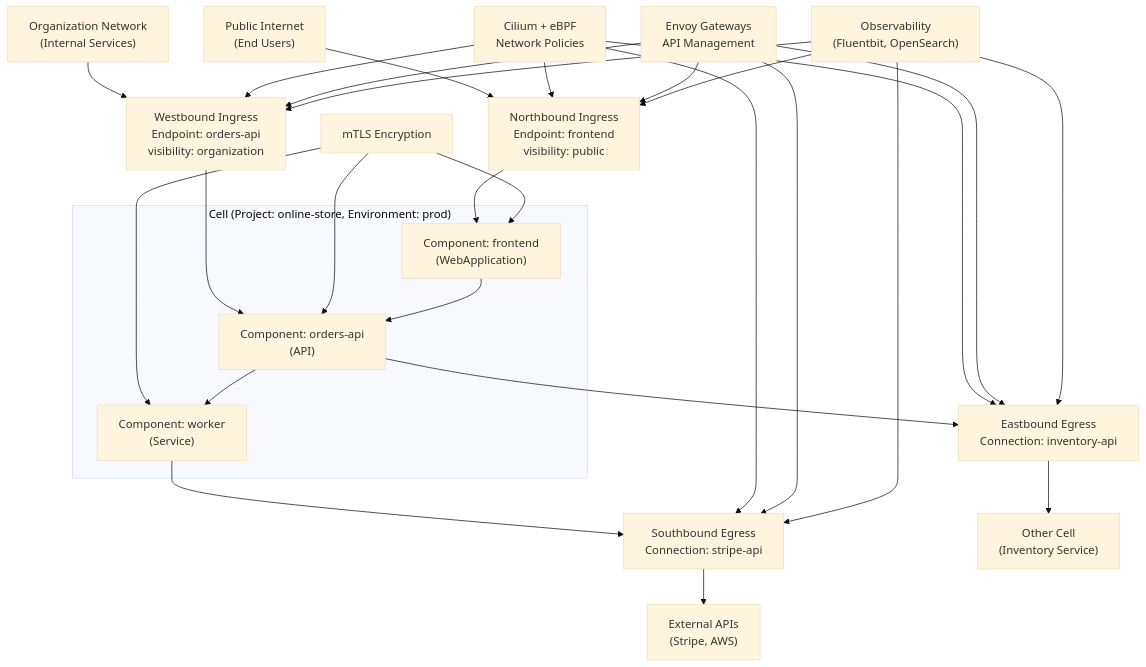
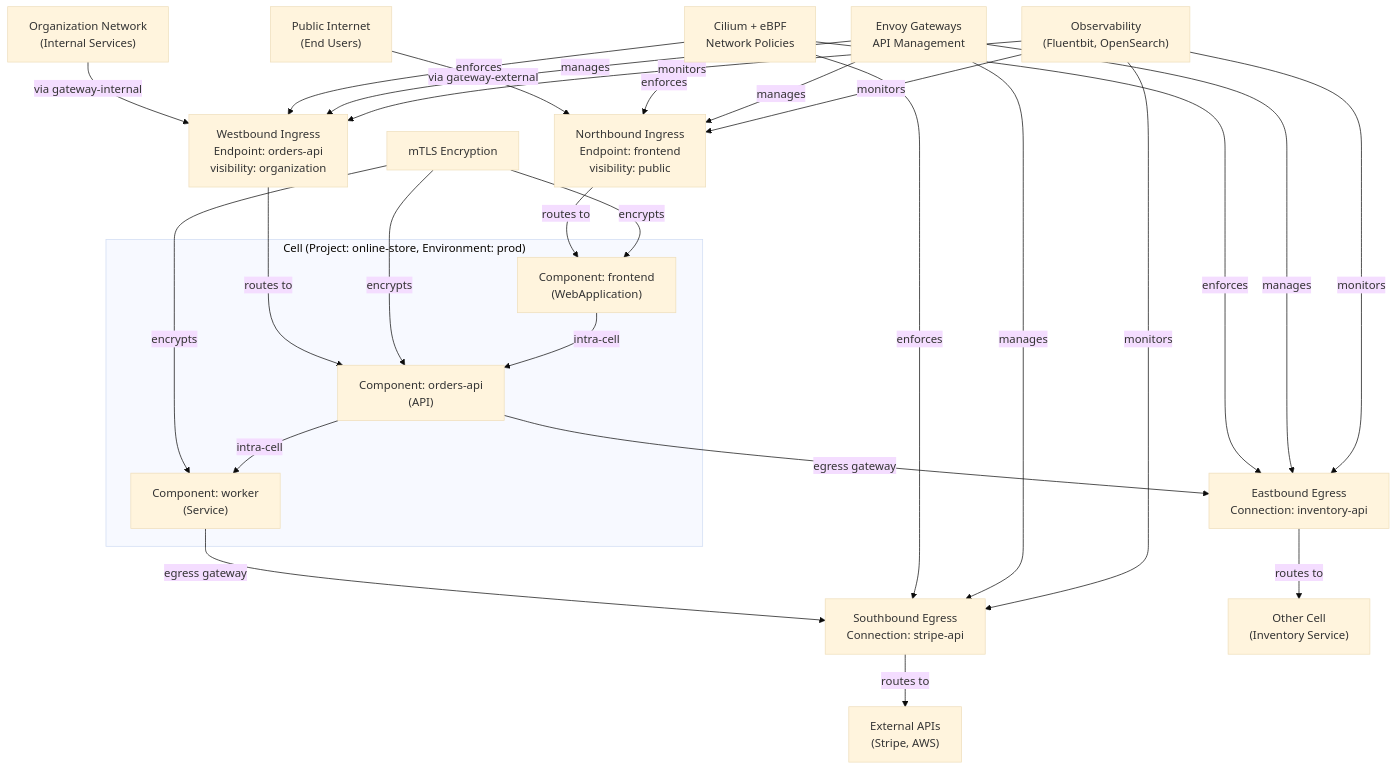
Diagram 11 of 12 in docs/deepwiki/Platform-Abstractions.md (openchoreo/openchoreo), drawn with Mermaid (base theme) before and after one commit. The commit also changed other lines of this file and 85 other files, not shown here.

Commit message:
feat: Add new workflow and specification templates, update Helm chart dependencies, and clarify documentation diagrams.

````diff
--- a/docs/deepwiki/Platform-Abstractions.md
+++ b/docs/deepwiki/Platform-Abstractions.md
@@ -541,51 +541,51 @@
 ```mermaid
 flowchart TD
 
 Frontend["Component: frontend<br>(WebApplication)"]
 API["Component: orders-api<br>(API)"]
 Worker["Component: worker<br>(Service)"]
 North["Northbound Ingress<br>Endpoint: frontend<br>visibility: public"]
 West["Westbound Ingress<br>Endpoint: orders-api<br>visibility: organization"]
 South["Southbound Egress<br>Connection: stripe-api"]
 East["Eastbound Egress<br>Connection: inventory-api"]
 Internet["Public Internet<br>(End Users)"]
 OrgNetwork["Organization Network<br>(Internal Services)"]
 External["External APIs<br>(Stripe, AWS)"]
 OtherCell["Other Cell<br>(Inventory Service)"]
 Cilium["Cilium + eBPF<br>Network Policies"]
 Envoy["Envoy Gateways<br>API Management"]
 mTLS["mTLS Encryption"]
 Obs["Observability<br>(Fluentbit, OpenSearch)"]
 
-Internet --> North
-North --> Frontend
-OrgNetwork --> West
-West --> API
-Worker --> South
-South --> External
-API --> East
-East --> OtherCell
-Cilium --> North
-Cilium --> West
-Cilium --> South
-Cilium --> East
-Envoy --> North
-Envoy --> West
-Envoy --> South
-Envoy --> East
-mTLS --> Frontend
-mTLS --> API
-mTLS --> Worker
-Obs --> North
-Obs --> West
-Obs --> South
-Obs --> East
+Internet -->|"via gateway-external"| North
+North -->|"routes to"| Frontend
+OrgNetwork -->|"via gateway-internal"| West
+West -->|"routes to"| API
+Worker -->|"egress gateway"| South
+South -->|"routes to"| External
+API -->|"egress gateway"| East
+East -->|"routes to"| OtherCell
+Cilium -->|"enforces"| North
+Cilium -->|"enforces"| West
+Cilium -->|"enforces"| South
+Cilium -->|"enforces"| East
+Envoy -->|"manages"| North
+Envoy -->|"manages"| West
+Envoy -->|"manages"| South
+Envoy -->|"manages"| East
+mTLS -->|"encrypts"| Frontend
+mTLS -->|"encrypts"| API
+mTLS -->|"encrypts"| Worker
+Obs -->|"monitors"| North
+Obs -->|"monitors"| West
+Obs -->|"monitors"| South
+Obs -->|"monitors"| East
 
 subgraph Cell ["Cell (Project: online-store, Environment: prod)"]
     Frontend
     API
     Worker
-    Frontend --> API
-    API --> Worker
+    Frontend -->|"intra-cell"| API
+    API -->|"intra-cell"| Worker
 end
 ```
````
